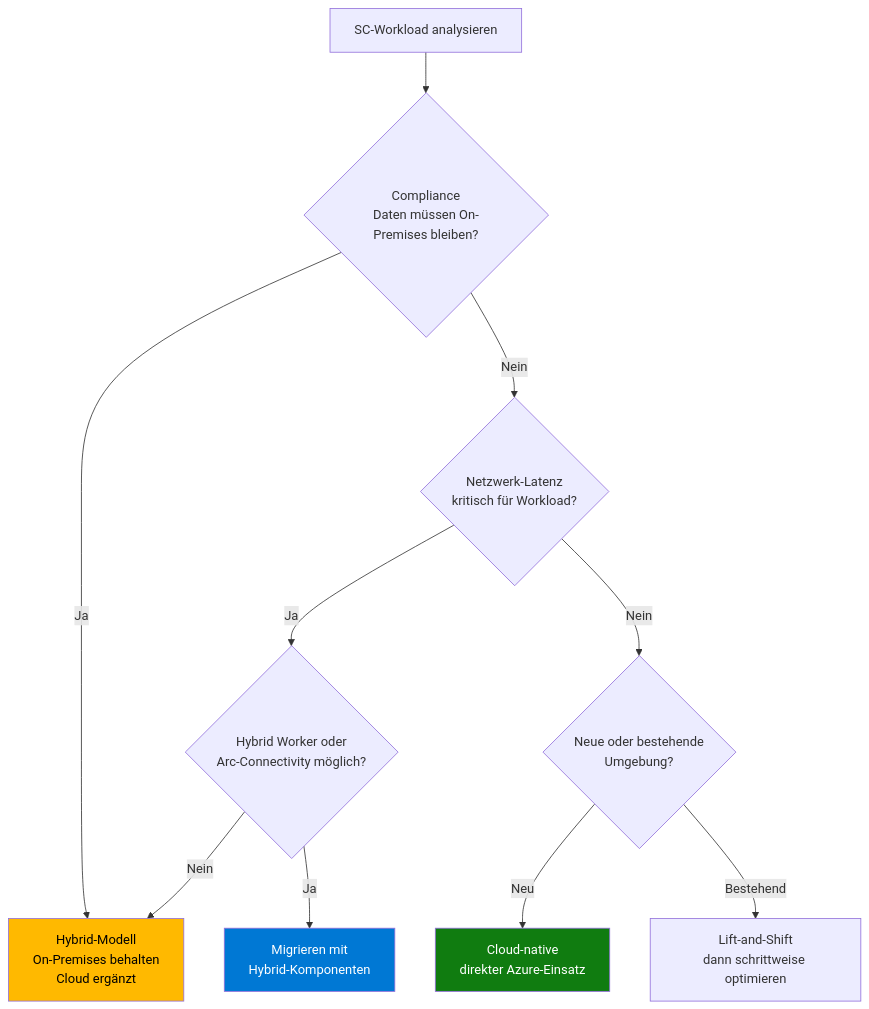
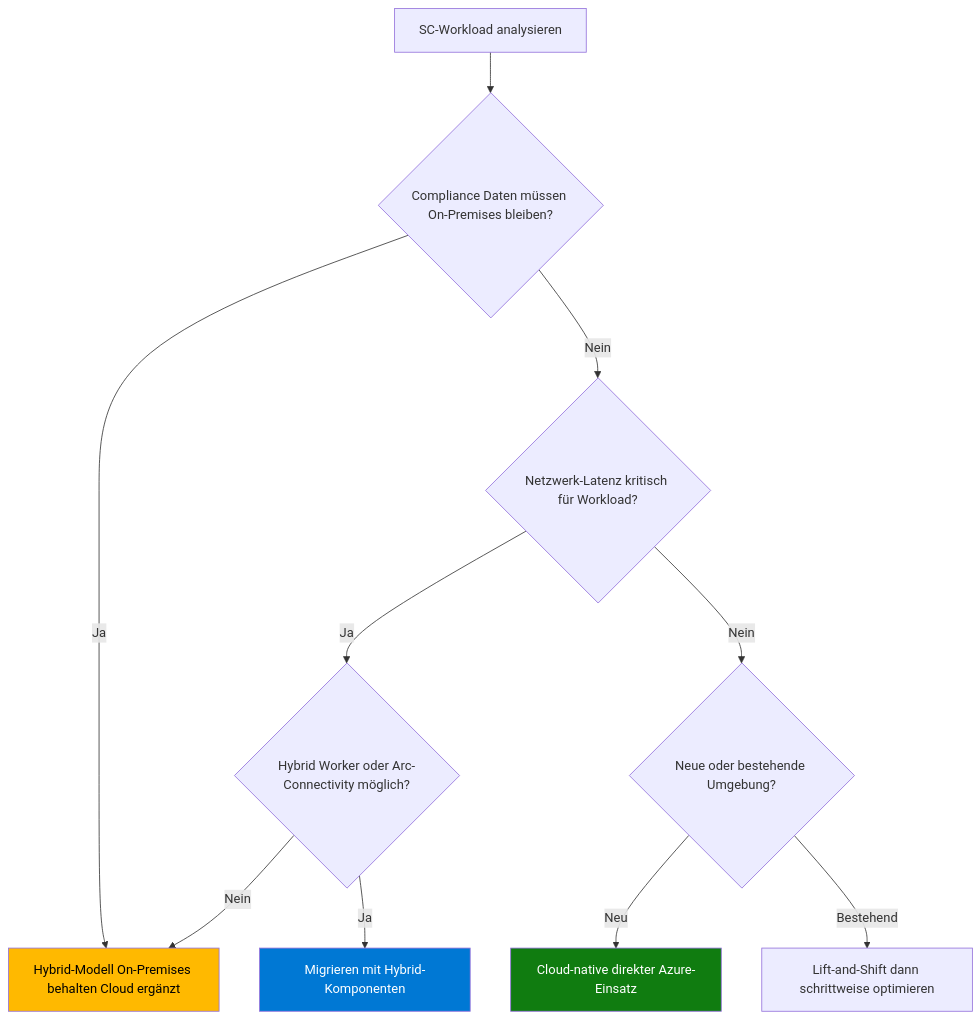
Before and after one commit to SoniiiT/notes-n-docs: the fifth of 5 diagrams in Microsoft 365/System Center/System Center Azure Migration.md, drawn with Mermaid. The commit also changed other lines of this file and 124 other files, not shown here.

First line of the commit message:
fix: Entferne \n aus allen Mermaid-Diagrammen (125 Dateien)

````diff
--- a/Microsoft 365/System Center/System Center Azure Migration.md
+++ b/Microsoft 365/System Center/System Center Azure Migration.md
@@ -273,16 +273,16 @@
 ```mermaid
 flowchart TD
-    START[SC-Workload analysieren] --> Q1{Compliance\nDaten müssen On-Premises bleiben?}
-    Q1 -->|Ja| HYBRID[Hybrid-Modell\nOn-Premises behalten\nCloud ergänzt]
-    Q1 -->|Nein| Q2{Netzwerk-Latenz\nkritisch für Workload?}
-    Q2 -->|Ja| Q3{Hybrid Worker oder\nArc-Connectivity möglich?}
-    Q3 -->|Ja| MIGRATE[Migrieren mit\nHybrid-Komponenten]
+    START[SC-Workload analysieren] --> Q1{Compliance Daten müssen On-Premises bleiben?}
+    Q1 -->|Ja| HYBRID[Hybrid-Modell On-Premises behalten Cloud ergänzt]
+    Q1 -->|Nein| Q2{Netzwerk-Latenz kritisch für Workload?}
+    Q2 -->|Ja| Q3{Hybrid Worker oder Arc-Connectivity möglich?}
+    Q3 -->|Ja| MIGRATE[Migrieren mit Hybrid-Komponenten]
     Q3 -->|Nein| HYBRID
-    Q2 -->|Nein| Q4{Neue oder bestehende\nUmgebung?}
-    Q4 -->|Neu| CLOUDNATIVE[Cloud-native\ndirekter Azure-Einsatz]
-    Q4 -->|Bestehend| LIFT[Lift-and-Shift\ndann schrittweise optimieren]
+    Q2 -->|Nein| Q4{Neue oder bestehende Umgebung?}
+    Q4 -->|Neu| CLOUDNATIVE[Cloud-native direkter Azure-Einsatz]
+    Q4 -->|Bestehend| LIFT[Lift-and-Shift dann schrittweise optimieren]
 
     style CLOUDNATIVE fill:#107C10,color:#fff
     style HYBRID fill:#FFB900,color:#000
     style MIGRATE fill:#0078D4,color:#fff
 ```
````
